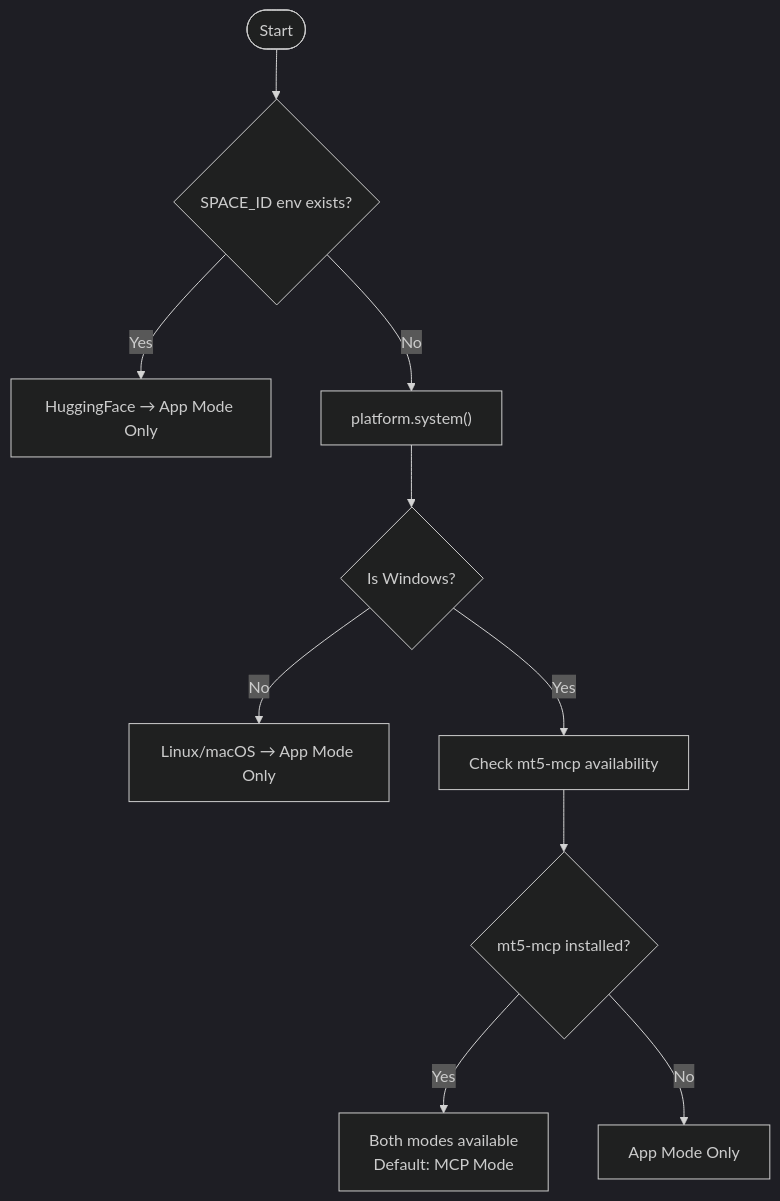
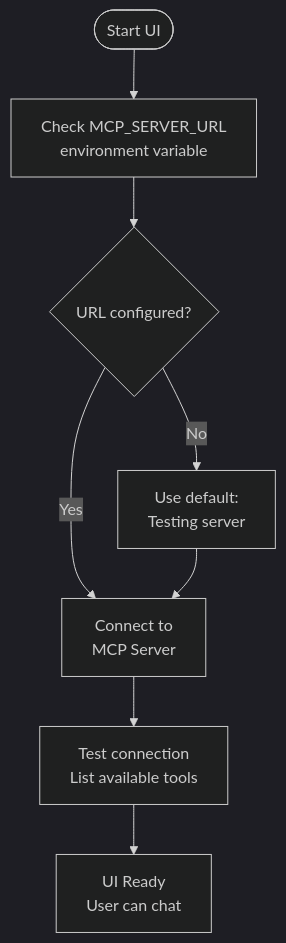
The second of 4 diagrams in docs/ARCHITECTURE.md (Cloudmeru/Metatrader-5-MCP-UI), drawn with Mermaid (dark theme) before and after one commit. The commit also changed other lines of this file and 1 other file, not shown here.

First line of the commit message:
docs: Correct architecture - UI is MCP client only, not server

````diff
--- a/docs/ARCHITECTURE.md
+++ b/docs/ARCHITECTURE.md
@@ -102,12 +93,10 @@
 ```mermaid
 flowchart TB
-  start([Start]) --> space_id{"SPACE_ID env exists?"}
-  space_id -->|Yes| huggingface_only["HuggingFace → App Mode Only"]
-  space_id -->|No| platform_check["platform.system()"]
-  platform_check --> windows{"Is Windows?"}
-  windows -->|No| linux_app["Linux/macOS → App Mode Only"]
-  windows -->|Yes| check_mt5["Check mt5-mcp availability"]
-  check_mt5 --> mt5_installed{"mt5-mcp installed?"}
-  mt5_installed -->|Yes| both_modes["Both modes available<br/>Default: MCP Mode"]
-  mt5_installed -->|No| app_only_win["App Mode Only"]
+  start([Start UI]) --> check_env["Check MCP_SERVER_URL<br/>environment variable"]
+  check_env --> has_url{"URL configured?"}
+  has_url -->|Yes| connect["Connect to<br/>MCP Server"]
+  has_url -->|No| use_default["Use default:<br/>Testing server"]
+  use_default --> connect
+  connect --> test["Test connection<br/>List available tools"]
+  test --> ready["UI Ready<br/>User can chat"]
 ```
````
